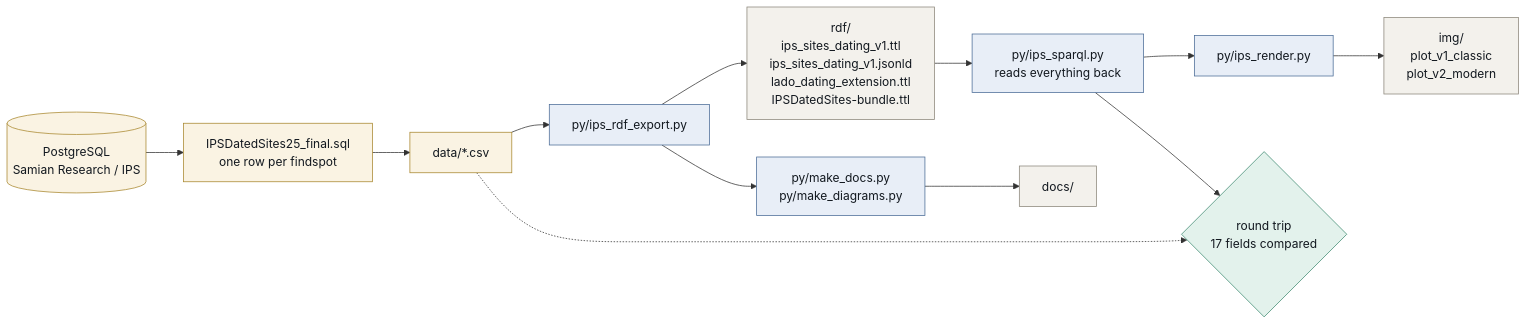
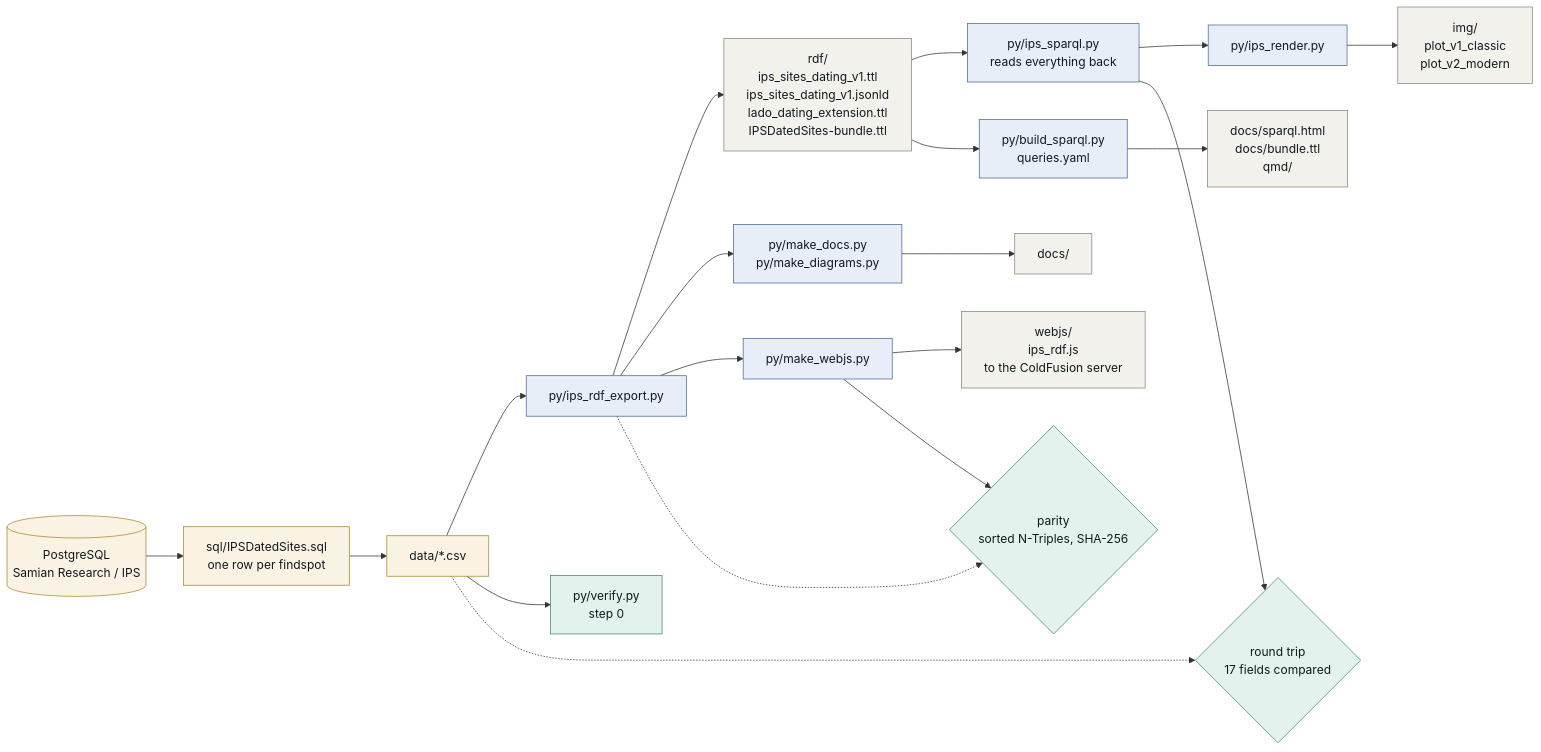
The diagram in docs/diagrams/architecture.mmd (leiza-rse/IPSDatedSites), drawn with Mermaid before and after one commit. The commit also changed 18 other files, not shown here.

```diff
--- a/docs/diagrams/architecture.mmd
+++ b/docs/diagrams/architecture.mmd
@@ -1,28 +1,39 @@
 flowchart LR
     DB[("PostgreSQL<br/>Samian Research / IPS")]
-    SQL["IPSDatedSites25_final.sql<br/>one row per findspot"]
+    SQL["sql/IPSDatedSites.sql<br/>one row per findspot"]
     CSV["data/*.csv"]
     EXP["py/ips_rdf_export.py"]
     RDF["rdf/<br/>ips_sites_dating_v1.ttl<br/>ips_sites_dating_v1.jsonld<br/>lado_dating_extension.ttl<br/>IPSDatedSites-bundle.ttl"]
     SPQ["py/ips_sparql.py<br/>reads everything back"]
     REN["py/ips_render.py"]
     IMG["img/<br/>plot_v1_classic<br/>plot_v2_modern"]
     DOC["py/make_docs.py<br/>py/make_diagrams.py"]
     DOCS["docs/"]
+    VER["py/verify.py<br/>step 0"]
+    WEB["py/make_webjs.py"]
+    JS["webjs/<br/>ips_rdf.js<br/>to the ColdFusion server"]
+    SPB["py/build_sparql.py<br/>queries.yaml"]
+    PAGE["docs/sparql.html<br/>docs/bundle.ttl<br/>qmd/"]
     CHK{"round trip<br/>17 fields compared"}
+    PAR{"parity<br/>sorted N-Triples, SHA-256"}
 
     DB --> SQL --> CSV --> EXP --> RDF --> SPQ --> REN --> IMG
+    CSV --> VER
     EXP --> DOC --> DOCS
+    EXP --> WEB --> JS
+    RDF --> SPB --> PAGE
     SPQ --> CHK
     CSV -.-> CHK
+    WEB --> PAR
+    EXP -.-> PAR
 
     class DB,SQL,CSV io
-    class RDF,IMG,DOCS ext
-    class EXP,SPQ,REN,DOC local
-    class CHK time
+    class RDF,IMG,DOCS,JS,PAGE ext
+    class EXP,SPQ,REN,DOC,WEB,SPB local
+    class CHK,PAR,VER time
 
     classDef local fill:#e8eef7,stroke:#4a6b96,stroke-width:1px,color:#12181f
     classDef crm fill:#efe7f5,stroke:#7a5a96,stroke-width:1px,color:#12181f
     classDef time fill:#e3f2ec,stroke:#3f8a70,stroke-width:1px,color:#12181f
     classDef ext fill:#f3f1ec,stroke:#8a857a,stroke-width:1px,color:#12181f
     classDef io fill:#faf3e3,stroke:#a8872e,stroke-width:1px,color:#12181f
```
